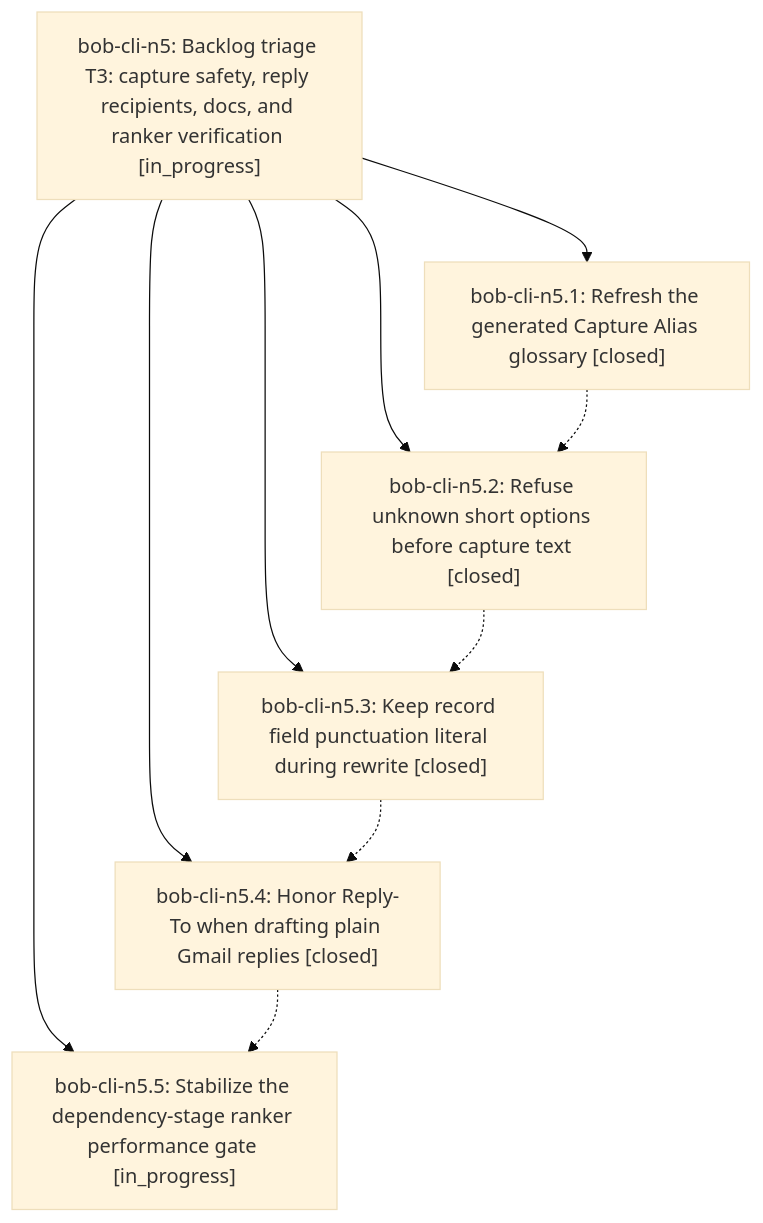
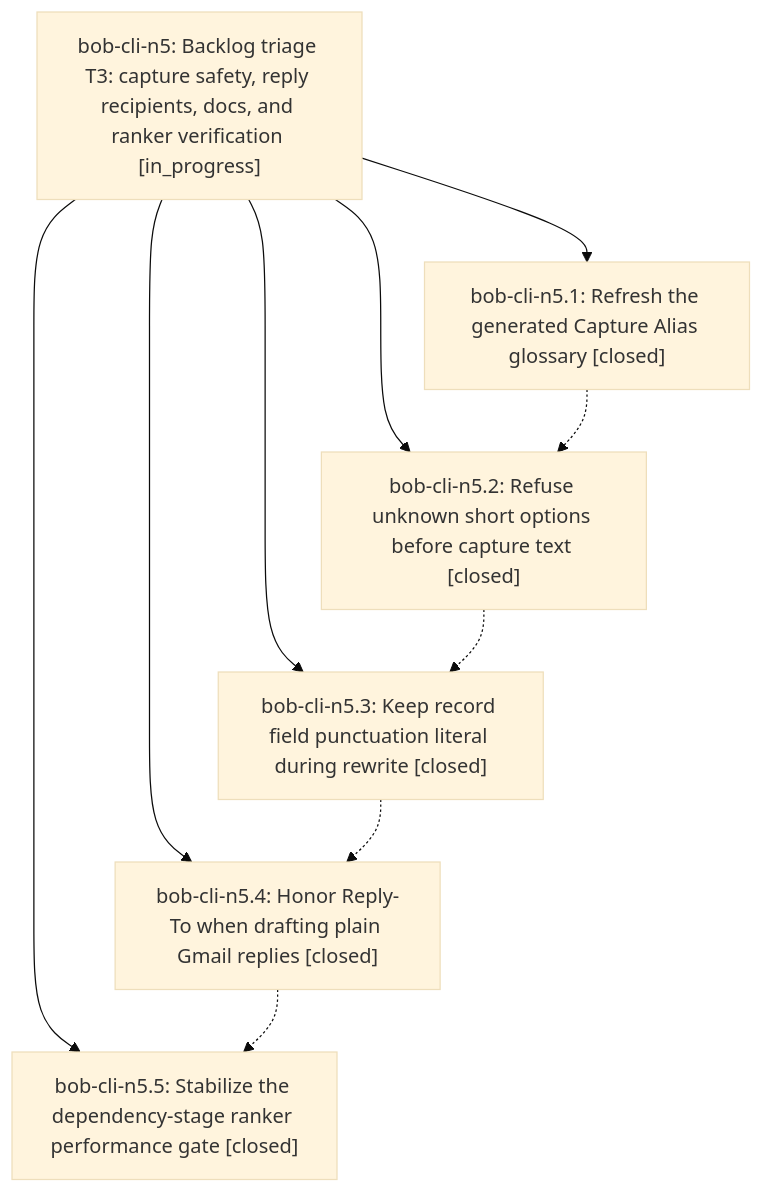
Before and after one commit to bobs-org/bob-cli--beads: the diagram in pages/bob-cli-n5/README.md, drawn with Mermaid (base theme). The commit also changed other lines of this file and 2 other files, not shown here.

First line of the commit message:
chore(beads): sync bead state and pages for bob-cli-n5

````diff
--- a/pages/bob-cli-n5/README.md
+++ b/pages/bob-cli-n5/README.md
@@ -40,18 +40,18 @@
 ```mermaid
 flowchart TD
     n0["bob-cli-n5: Backlog triage T3: capture safety, reply recipients, docs, and ranker verification [in_progress]"]
     n1["bob-cli-n5.1: Refresh the generated Capture Alias glossary [closed]"]
     n2["bob-cli-n5.2: Refuse unknown short options before capture text [closed]"]
     n3["bob-cli-n5.3: Keep record field punctuation literal during rewrite [closed]"]
     n4["bob-cli-n5.4: Honor Reply-To when drafting plain Gmail replies [closed]"]
-    n5["bob-cli-n5.5: Stabilize the dependency-stage ranker performance gate [in_progress]"]
+    n5["bob-cli-n5.5: Stabilize the dependency-stage ranker performance gate [closed]"]
     n0 --> n1
     n0 --> n2
     n0 --> n3
     n0 --> n4
     n0 --> n5
     n1 -.-> n2
     n2 -.-> n3
     n3 -.-> n4
     n4 -.-> n5
 ```
````
